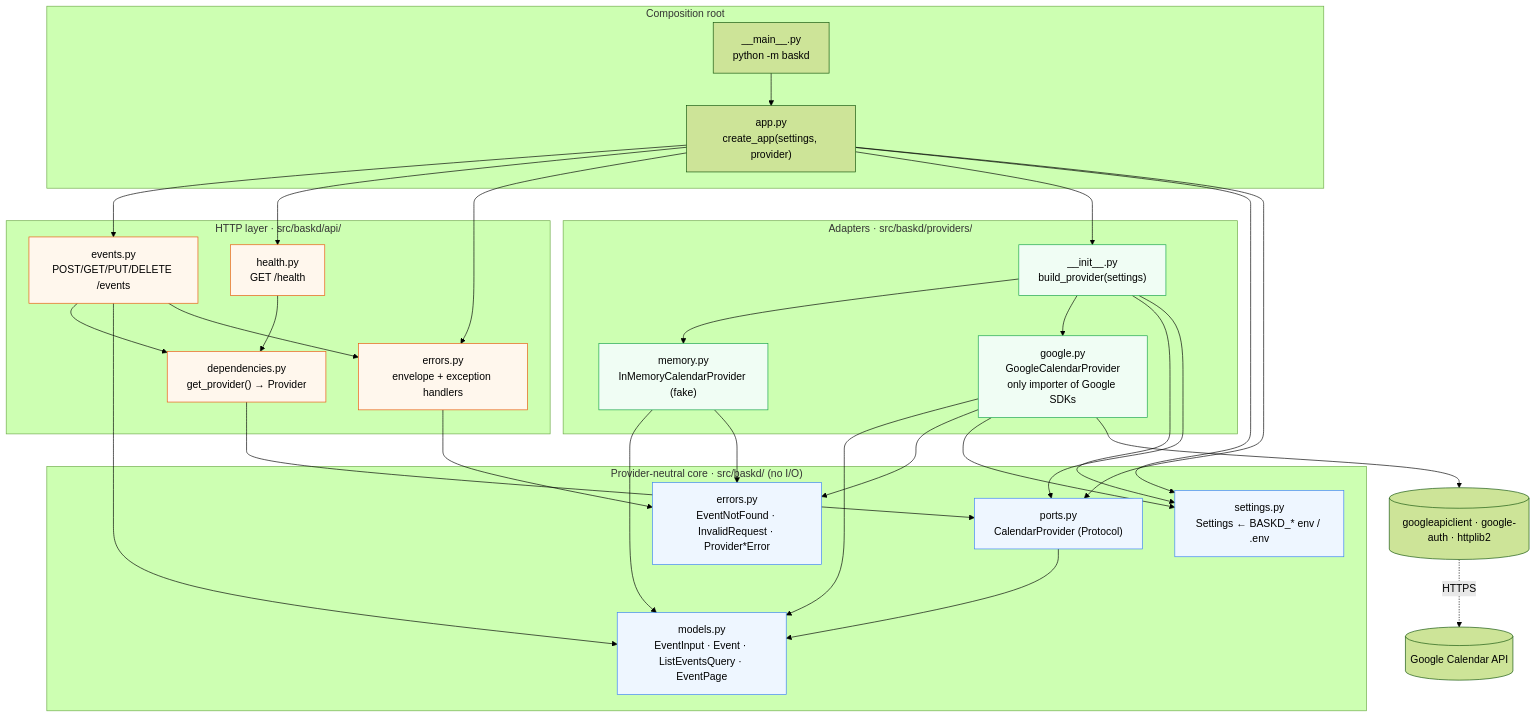
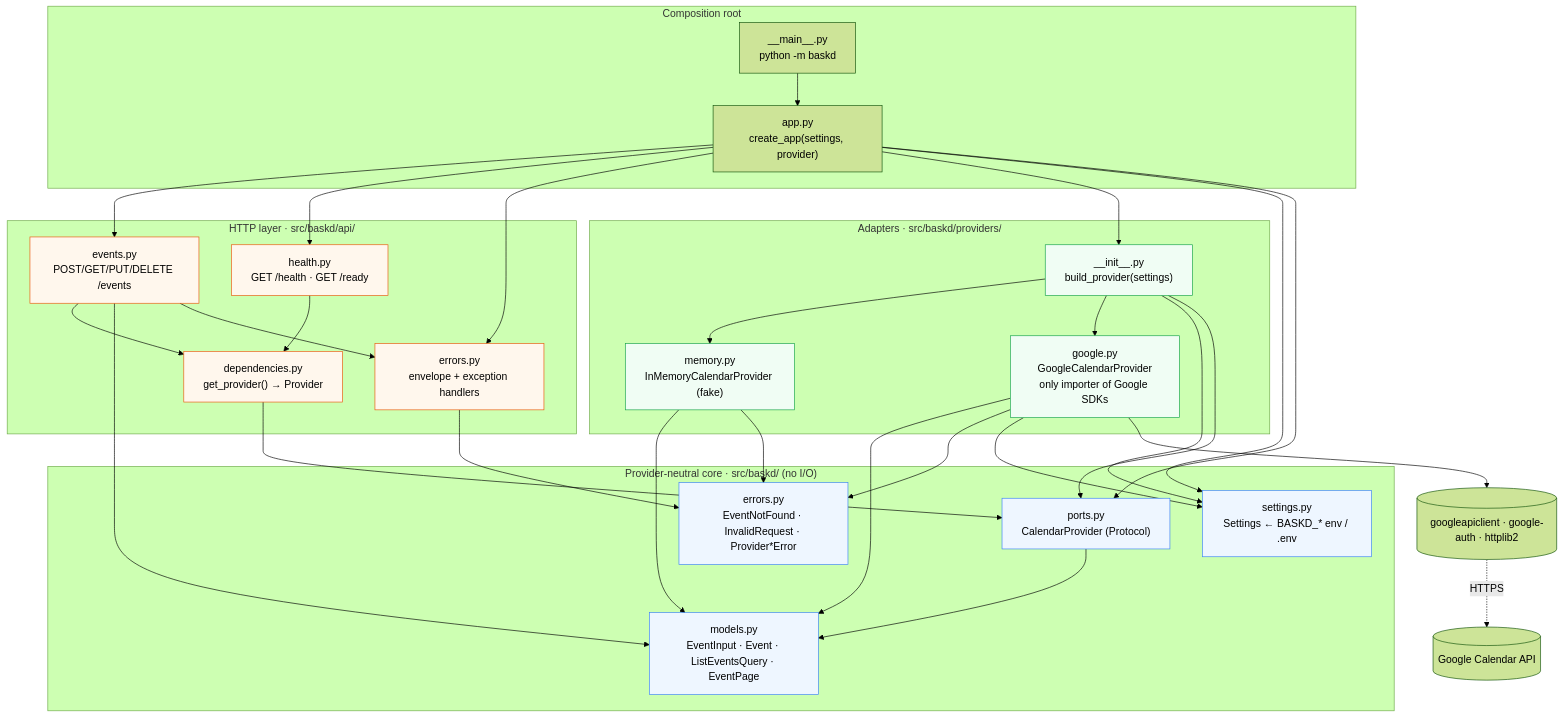
Before and after one commit to samthropic/BASKD: the first of 3 diagrams in docs/ARCHITECTURE.md, drawn with Mermaid (forest theme). The commit also changed other lines of this file and 12 other files, not shown here.

First line of the commit message:
feat(health): add GET /ready, separate from liveness

````diff
--- a/docs/ARCHITECTURE.md
+++ b/docs/ARCHITECTURE.md
@@ -19,49 +19,49 @@
 ```mermaid
 flowchart TB
     subgraph Root["Composition root"]
         Main["__main__.py<br/>python -m baskd"]
         App["app.py<br/>create_app(settings, provider)"]
     end
 
     subgraph HTTP["HTTP layer · src/baskd/api/"]
         Events["events.py<br/>POST/GET/PUT/DELETE /events"]
-        Health["health.py<br/>GET /health"]
+        Health["health.py<br/>GET /health · GET /ready"]
         Deps["dependencies.py<br/>get_provider() → Provider"]
         ApiErr["errors.py<br/>envelope + exception handlers"]
     end
 
     subgraph Core["Provider-neutral core · src/baskd/ (no I/O)"]
         Models["models.py<br/>EventInput · Event · ListEventsQuery · EventPage"]
         Ports["ports.py<br/>CalendarProvider (Protocol)"]
         Errors["errors.py<br/>EventNotFound · InvalidRequest · Provider*Error"]
         Settings["settings.py<br/>Settings ← BASKD_* env / .env"]
     end
 
     subgraph Adapters["Adapters · src/baskd/providers/"]
         Factory["__init__.py<br/>build_provider(settings)"]
         Memory["memory.py<br/>InMemoryCalendarProvider (fake)"]
         Google["google.py<br/>GoogleCalendarProvider<br/>only importer of Google SDKs"]
     end
 
     SDK[("googleapiclient · google-auth · httplib2")]
     GCal[("Google Calendar API")]
 
     Main --> App
     App --> Events & Health & ApiErr & Factory & Settings & Ports
     Events --> Deps & Models & ApiErr
     Health --> Deps
     Deps --> Ports
     ApiErr --> Errors
     Ports --> Models
     Factory --> Memory & Google & Settings & Ports
     Memory --> Models & Errors
     Google --> Models & Errors & Settings & SDK
     SDK -. HTTPS .-> GCal
 
     classDef core fill:#eef6ff,stroke:#3b82f6;
     classDef adapter fill:#f0fdf4,stroke:#16a34a;
     classDef http fill:#fff7ed,stroke:#ea580c;
     class Models,Ports,Errors,Settings core;
     class Factory,Memory,Google adapter;
     class Events,Health,Deps,ApiErr http;
 ```
````
